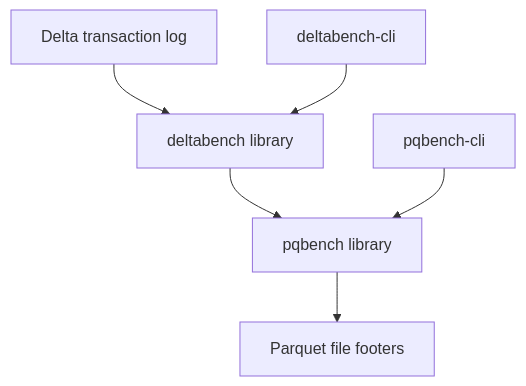
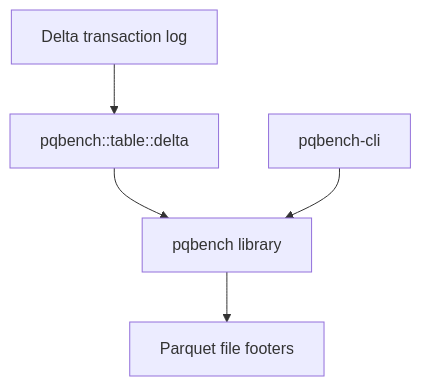
The diagram in README.md (pqbench/pqbench), drawn with Mermaid before and after one commit. The commit also changed other lines of this file and 9 other files, not shown here.

Commit message:
pqbench: remove standalone Delta crates

````diff
--- a/README.md
+++ b/README.md
@@ -16,8 +16,7 @@
 ```mermaid
 flowchart TD
-    delta_log[Delta transaction log] --> deltabench[deltabench library]
-    deltabench --> pqbench[pqbench library]
-    deltabench_cli[deltabench-cli] --> deltabench
+    delta_log[Delta transaction log] --> delta[pqbench::table::delta]
+    delta --> pqbench[pqbench library]
     pqbench_cli[pqbench-cli] --> pqbench
     pqbench --> parquet[Parquet file footers]
 ```
````
